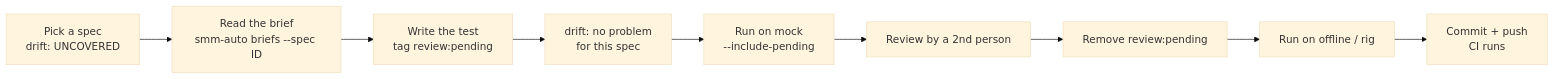
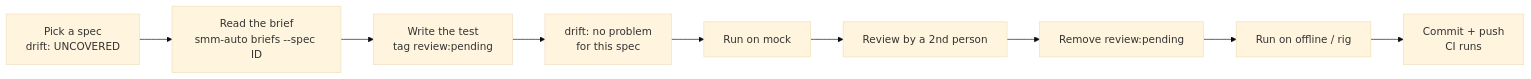
One commit to ionut2026/AI-TestBench changed the fourth of 5 diagrams in docs/SMM-AUTOMATION-HANDBOOK.md. Above: the diagram before and after it, drawn with Mermaid (base theme). The commit also changed other lines of this file and 17 other files, not shown here.

````diff
--- a/docs/SMM-AUTOMATION-HANDBOOK.md
+++ b/docs/SMM-AUTOMATION-HANDBOOK.md
@@ -792,11 +811,11 @@
 ```mermaid
 flowchart LR
   A[Pick a spec<br/>drift: UNCOVERED] --> B[Read the brief<br/>smm-auto briefs --spec ID]
   B --> C[Write the test<br/>tag review:pending]
   C --> D[drift: no problem<br/>for this spec]
-  D --> E[Run on mock<br/>--include-pending]
+  D --> E[Run on mock]
   E --> F[Review by a 2nd person]
   F --> G[Remove review:pending]
   G --> H[Run on offline / rig]
   H --> I[Commit + push<br/>CI runs]
 ```
````
